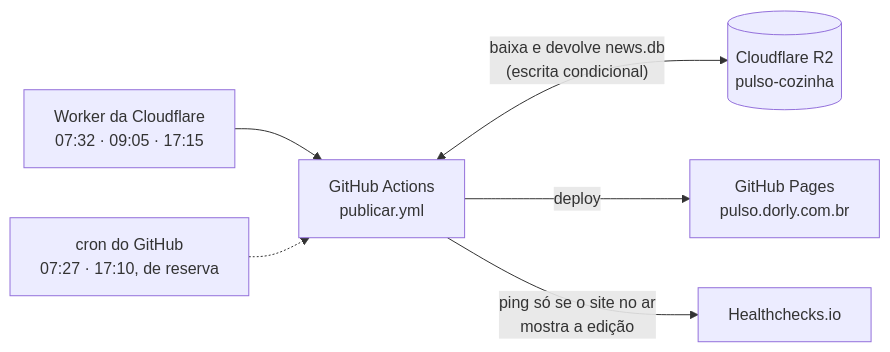
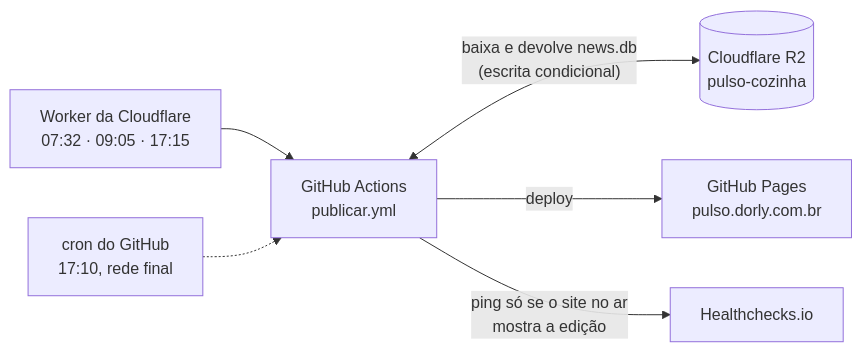
The diagram in README.md (profdorly/pulso), drawn with Mermaid before and after one commit. The commit also changed 8 other files, not shown here.

````diff
--- a/README.md
+++ b/README.md
@@ -62,8 +62,8 @@
 ```mermaid
 flowchart LR
     W["Worker da Cloudflare<br/>07:32 · 09:05 · 17:15"] --> A["GitHub Actions<br/>publicar.yml"]
-    G["cron do GitHub<br/>07:27 · 17:10, de reserva"] -.-> A
+    G["cron do GitHub<br/>17:10, rede final"] -.-> A
     A <-->|"baixa e devolve news.db<br/>(escrita condicional)"| R[("Cloudflare R2<br/>pulso-cozinha")]
     A -->|deploy| P["GitHub Pages<br/>pulso.dorly.com.br"]
     A -->|"ping só se o site no ar<br/>mostra a edição"| H["Healthchecks.io"]
 ```
````
